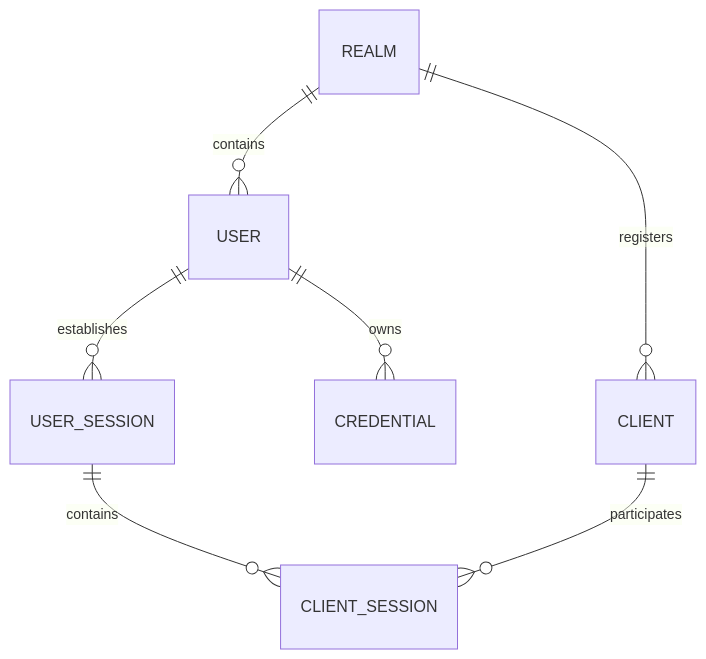
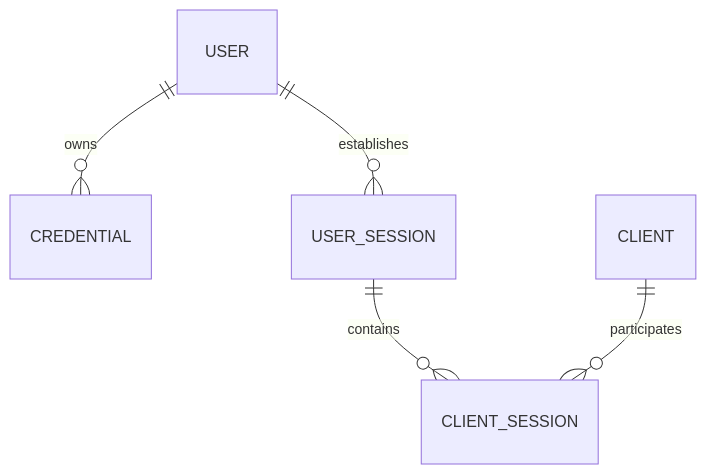
One commit to higuuu/oidc-load-lab changed the third of 3 diagrams in article/qiita.md. Above: the diagram before and after it, drawn with Mermaid. The commit also changed other lines of this file and 6 other files, not shown here.

````diff
--- a/article/qiita.md
+++ b/article/qiita.md
@@ -94,9 +188,7 @@
 ```mermaid
 erDiagram
-    REALM ||--o{ USER : contains
-    REALM ||--o{ CLIENT : registers
     USER ||--o{ CREDENTIAL : owns
     USER ||--o{ USER_SESSION : establishes
     USER_SESSION ||--o{ CLIENT_SESSION : contains
     CLIENT ||--o{ CLIENT_SESSION : participates
 ```
````
